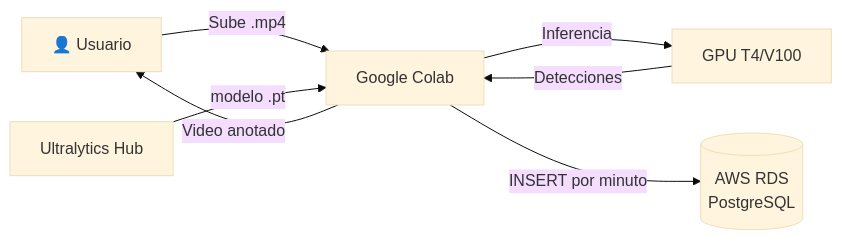
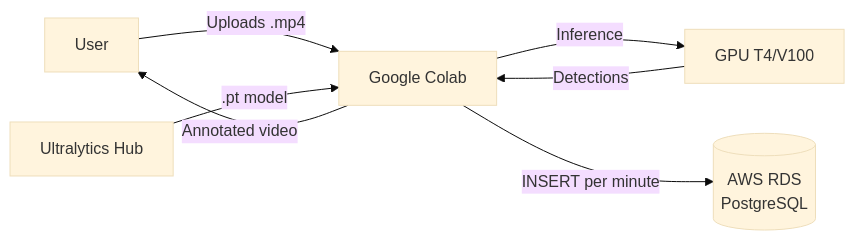
The second of 2 diagrams in Docs/diagrams/colab-aws-architecture.md (aka-titesen/vaaet), drawn with Mermaid (base theme) before and after one commit. The commit also changed other lines of this file and 44 other files, not shown here.

````diff
--- a/Docs/diagrams/colab-aws-architecture.md
+++ b/Docs/diagrams/colab-aws-architecture.md
@@ -33,9 +33,9 @@
 ```mermaid
 flowchart LR
-    A[👤 Usuario] -->|Sube .mp4| B[Google Colab]
-    B -->|Inferencia| C[GPU T4/V100]
-    C -->|Detecciones| B
-    B -->|INSERT por minuto| D[(AWS RDS<br/>PostgreSQL)]
-    B -->|Video anotado| A
-    E[Ultralytics Hub] -->|modelo .pt| B
+    A[User] -->|Uploads .mp4| B[Google Colab]
+    B -->|Inference| C[GPU T4/V100]
+    C -->|Detections| B
+    B -->|INSERT per minute| D[(AWS RDS<br/>PostgreSQL)]
+    B -->|Annotated video| A
+    E[Ultralytics Hub] -->|.pt model| B
 ```
````
